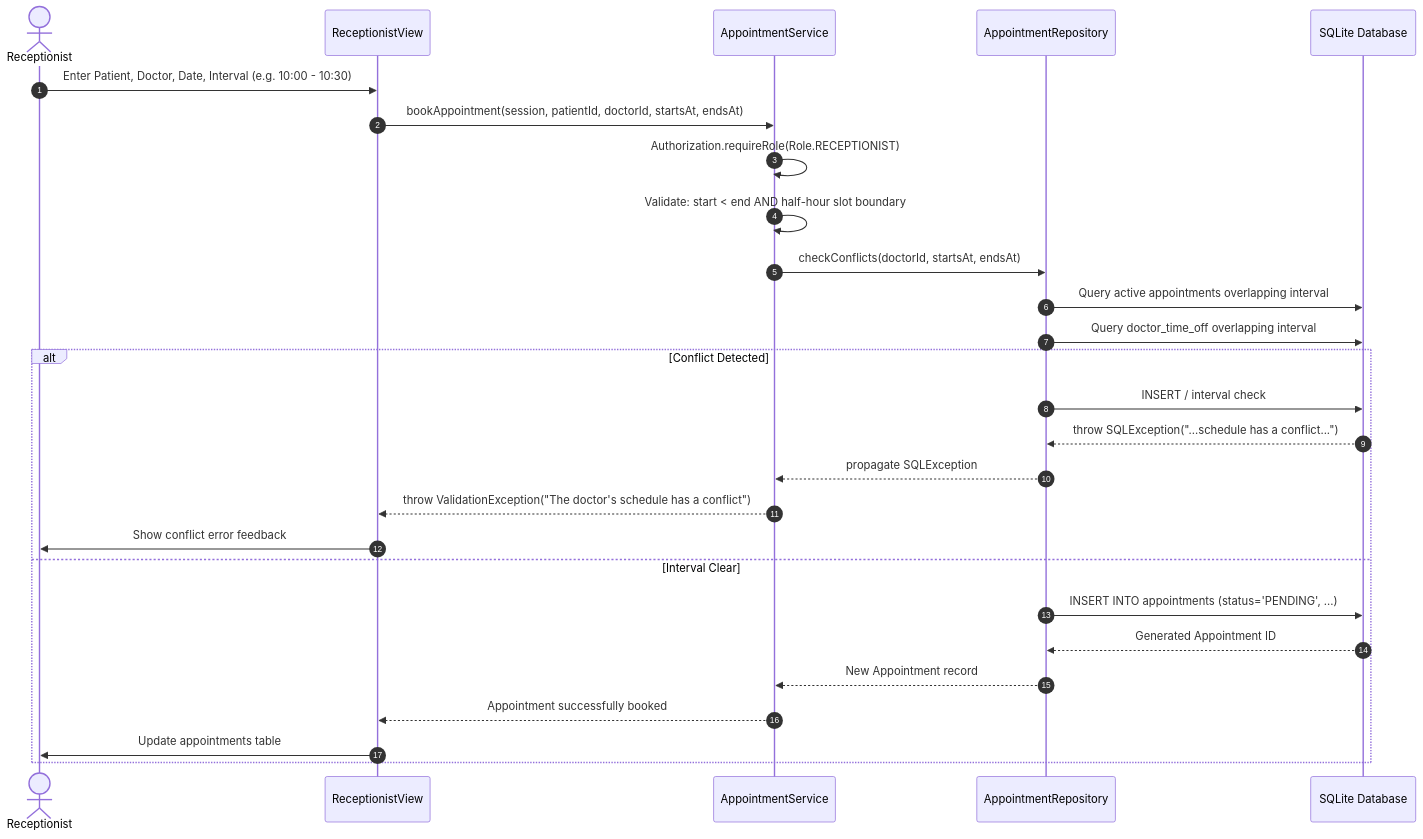
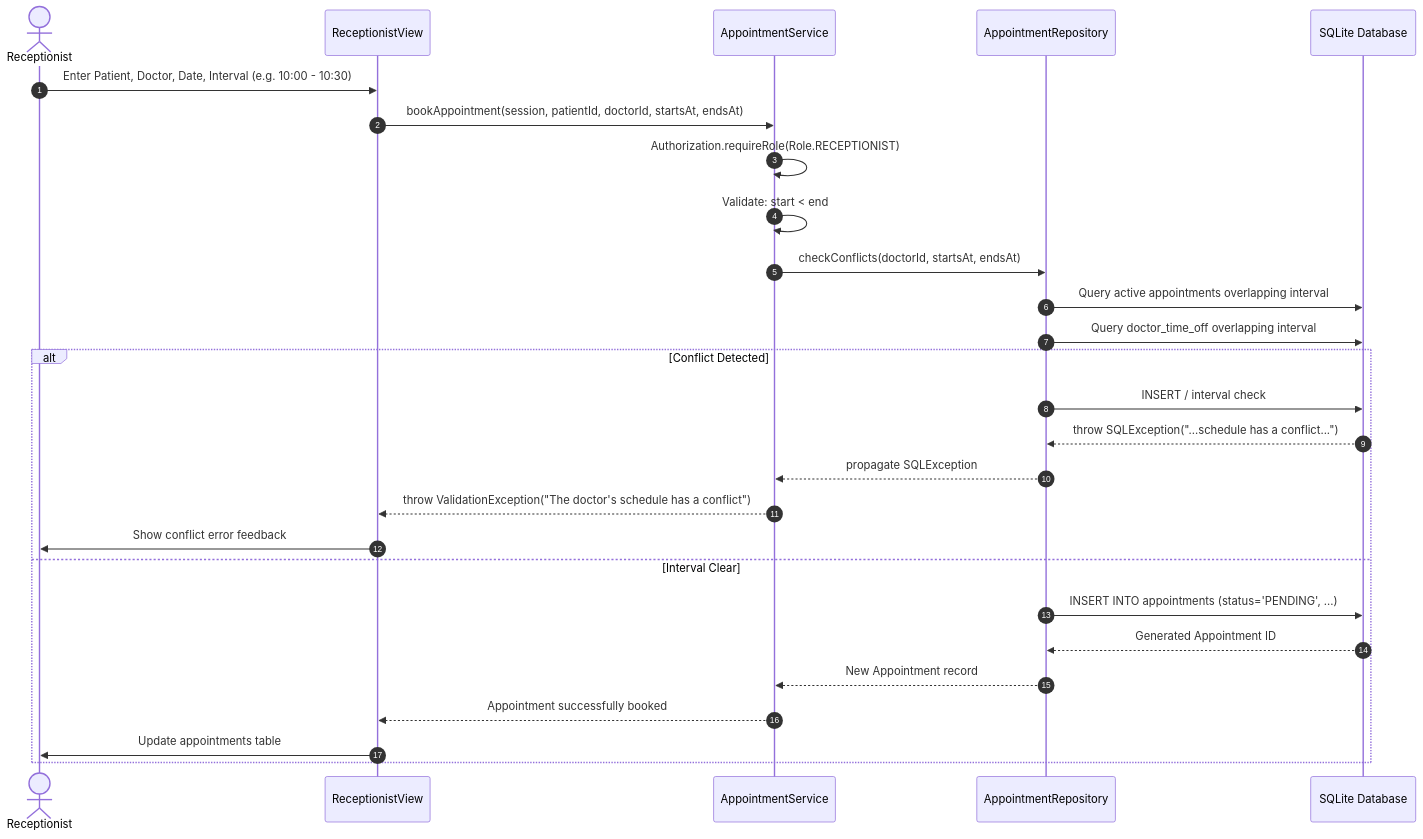
One commit to CS3227-2610-MP2-NUSynapxe/CS3227-2610-MP2 changed diagram 11 of 13 in docs/ArchitectureAndDesign.md. Above: the diagram before and after it, drawn with Mermaid. The commit also changed other lines of this file and 2 other files, not shown here.

````diff
--- a/docs/ArchitectureAndDesign.md
+++ b/docs/ArchitectureAndDesign.md
@@ -514,30 +516,30 @@
 ```mermaid
 sequenceDiagram
     autonumber
     actor Receptionist
     participant UI as ReceptionistView
     participant Svc as AppointmentService
     participant Repo as AppointmentRepository
     participant DB as SQLite Database
 
     Receptionist->>UI: Enter Patient, Doctor, Date, Interval (e.g. 10:00 - 10:30)
     UI->>Svc: bookAppointment(session, patientId, doctorId, startsAt, endsAt)
     Svc->>Svc: Authorization.requireRole(Role.RECEPTIONIST)
-    Svc->>Svc: Validate: start < end AND half-hour slot boundary
+    Svc->>Svc: Validate: start < end
     Svc->>Repo: checkConflicts(doctorId, startsAt, endsAt)
     Repo->>DB: Query active appointments overlapping interval
     Repo->>DB: Query doctor_time_off overlapping interval
     alt Conflict Detected
         Repo->>DB: INSERT / interval check
         DB-->>Repo: throw SQLException("...schedule has a conflict...")
         Repo-->>Svc: propagate SQLException
         Svc-->>UI: throw ValidationException("The doctor's schedule has a conflict")
         UI->>Receptionist: Show conflict error feedback
     else Interval Clear
         Repo->>DB: INSERT INTO appointments (status='PENDING', ...)
         DB-->>Repo: Generated Appointment ID
         Repo-->>Svc: New Appointment record
         Svc-->>UI: Appointment successfully booked
         UI->>Receptionist: Update appointments table
     end
 ```
````
